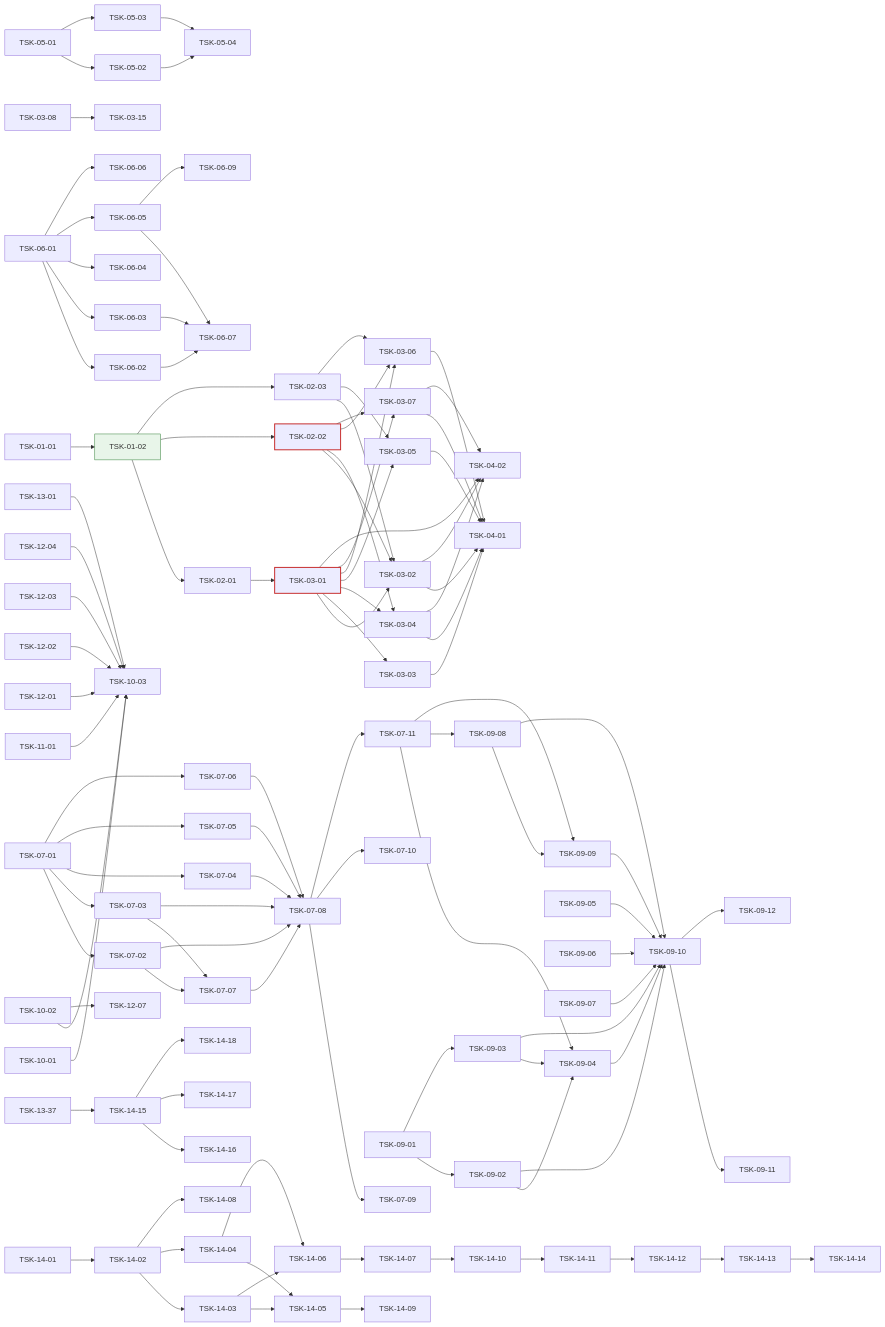
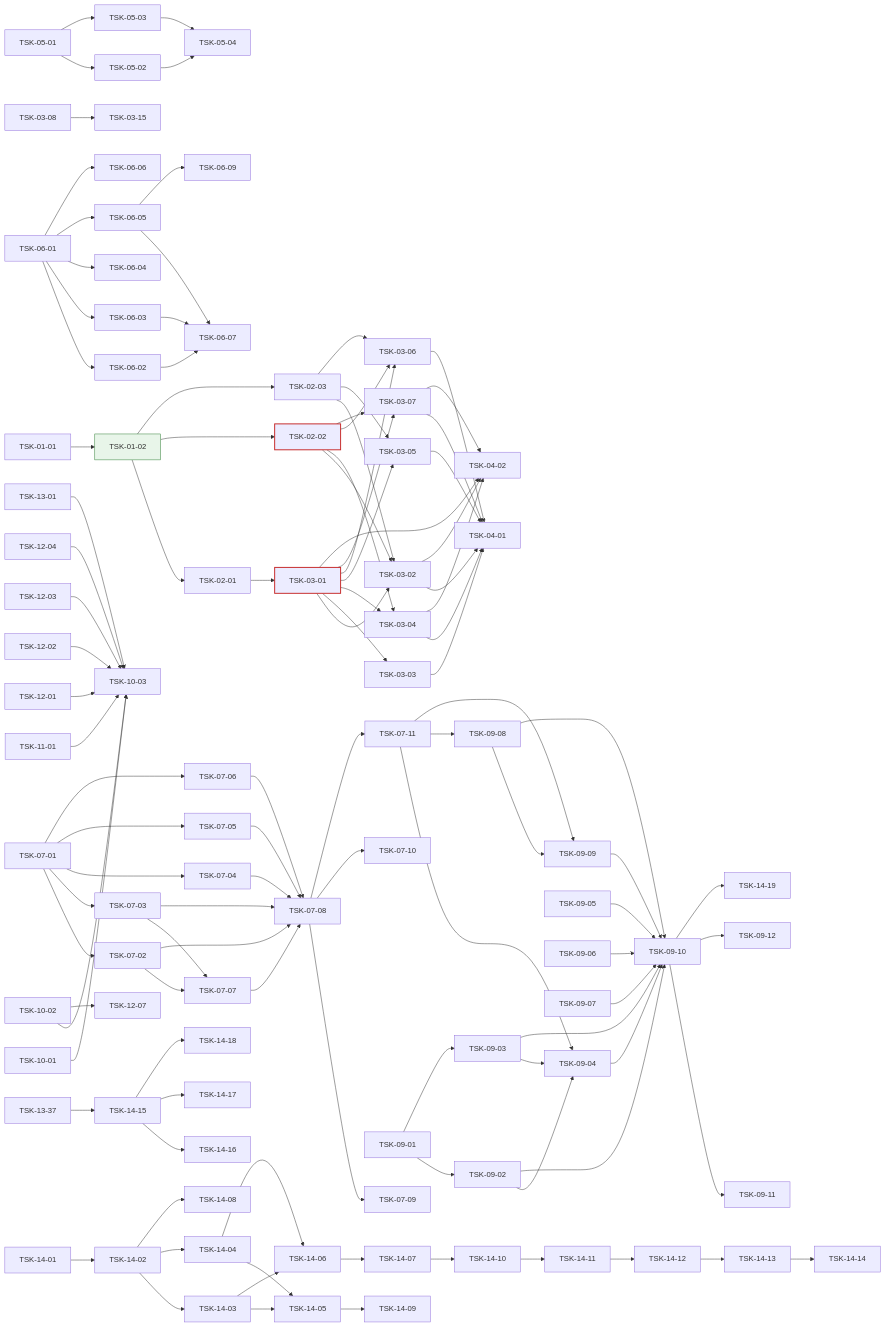
Before and after one commit to jongik-sv/oranda: the diagram in docs/oranda1/wbs.md, drawn with Mermaid. The commit also changed other lines of this file and 5 other files, not shown here.

```diff
--- a/docs/oranda1/wbs.md
+++ b/docs/oranda1/wbs.md
@@ -1276,6 +1288,7 @@
   TSK-14-15 --> TSK-14-16
   TSK-14-15 --> TSK-14-17
   TSK-14-15 --> TSK-14-18
+  TSK-09-10 --> TSK-14-19
   style TSK-01-02 fill:#e8f5e9,stroke:#2e7d32
   style TSK-03-01 stroke:#c62828,stroke-width:2px
   style TSK-02-02 stroke:#c62828,stroke-width:2px
```
